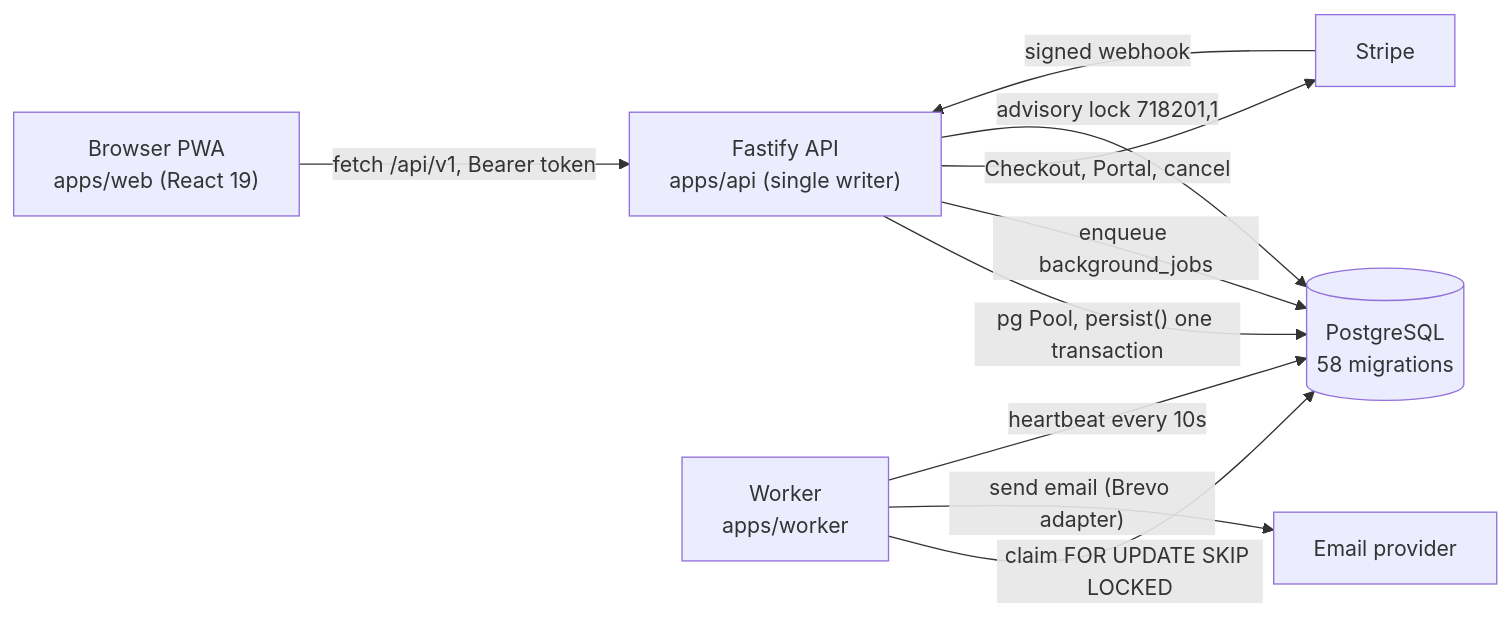
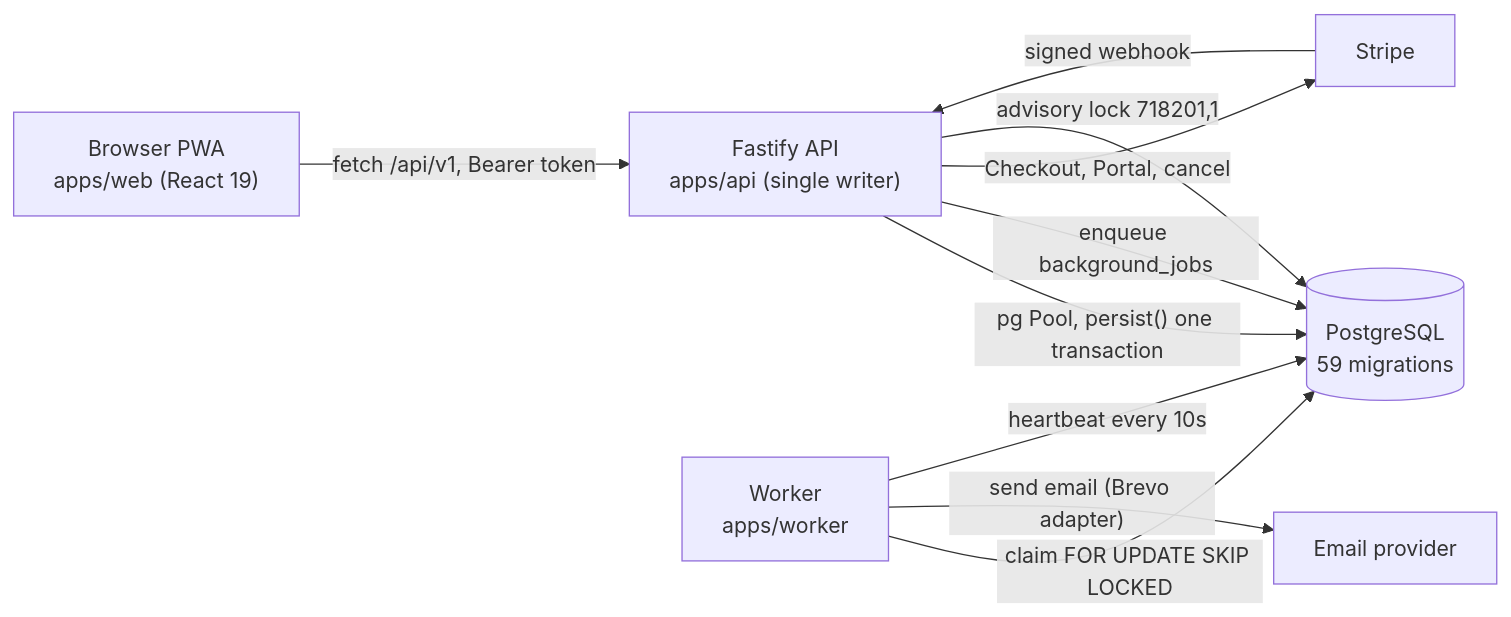
Before and after one commit to yhsomani/talentsphere-complete: the first of 7 diagrams in docs/system-model/02-flows.md, drawn with Mermaid. The commit also changed 26 other files, not shown here.

````diff
--- a/docs/system-model/02-flows.md
+++ b/docs/system-model/02-flows.md
@@ -15,12 +15,12 @@
 ```mermaid
 flowchart LR
   Browser["Browser PWA<br/>apps/web (React 19)"] -->|"fetch /api/v1, Bearer token"| API["Fastify API<br/>apps/api (single writer)"]
-  API -->|"pg Pool, persist() one transaction"| PG[("PostgreSQL<br/>58 migrations")]
+  API -->|"pg Pool, persist() one transaction"| PG[("PostgreSQL<br/>59 migrations")]
   API -->|"enqueue background_jobs"| PG
   Worker["Worker<br/>apps/worker"] -->|"claim FOR UPDATE SKIP LOCKED"| PG
   Worker -->|"send email (Brevo adapter)"| Mail["Email provider"]
   API -->|"Checkout, Portal, cancel"| Stripe["Stripe"]
   Stripe -->|"signed webhook"| API
   Worker -->|"heartbeat every 10s"| PG
   API -->|"advisory lock 718201,1"| PG
 ```
````
